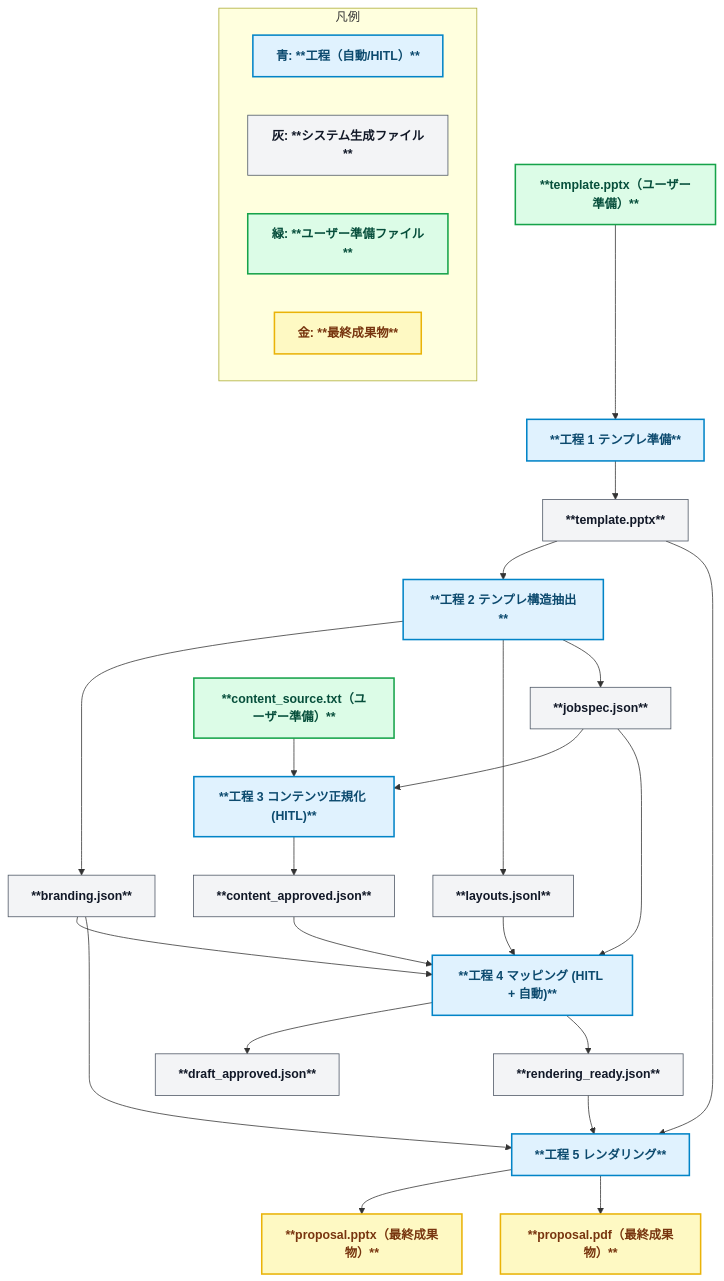
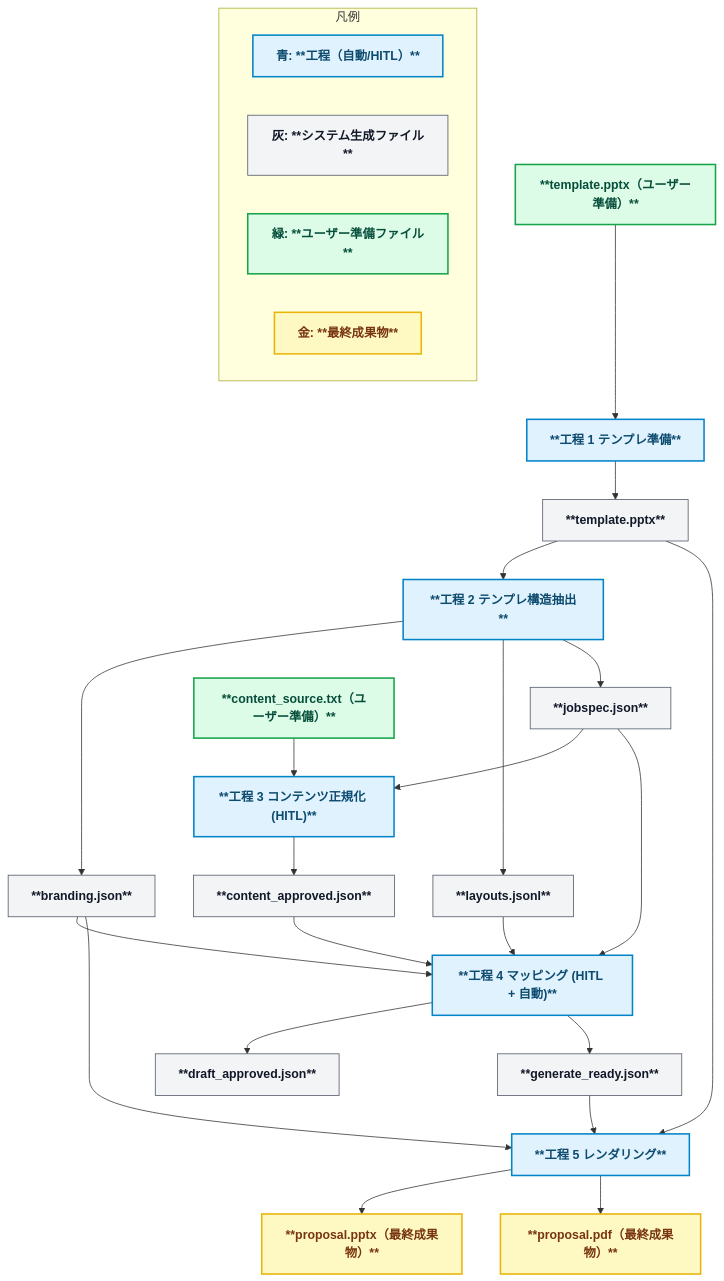
The diagram in README.md (yurake/pptx_generator), drawn with Mermaid before and after one commit. The commit also changed other lines of this file and 40 other files, not shown here.

````diff
--- a/README.md
+++ b/README.md
@@ -29,47 +29,47 @@
 ```mermaid
 flowchart TD
   %% ======= Styles =======
   classDef stage fill:#e0f2fe,stroke:#0284c7,stroke-width:2px,color:#0c4a6e,font-weight:bold;
   classDef file fill:#f3f4f6,stroke:#4b5563,stroke-width:1px,color:#111827,font-weight:bold;
   classDef userfile fill:#dcfce7,stroke:#16a34a,stroke-width:2px,color:#064e3b,font-weight:bold;
   classDef final fill:#fef9c3,stroke:#eab308,stroke-width:2px,color:#78350f,font-weight:bold;
 
   %% ======= Stage 1 =======
   Tmpl["**template.pptx（ユーザー準備）**"]:::userfile --> S1["**工程 1 テンプレ準備**"]:::stage
   S1 --> Tmpl_out["**template.pptx**"]:::file
 
   %% ======= Stage 2 =======
   Tmpl_out --> S2["**工程 2 テンプレ構造抽出**"]:::stage
   S2 --> Brand["**branding.json**"]:::file
   S2 --> Layouts["**layouts.jsonl**"]:::file
   S2 --> Jobspec["**jobspec.json**"]:::file
 
   %% ======= Stage 3 =======
   ContentSrc["**content_source.txt（ユーザー準備）**"]:::userfile --> S3["**工程 3 コンテンツ正規化 (HITL)**"]:::stage
   Jobspec --> S3
   S3 --> Content["**content_approved.json**"]:::file
 
   %% ======= Stage 4 =======
   Content --> S4["**工程 4 マッピング (HITL + 自動)**"]:::stage
   Layouts --> S4
   Brand --> S4
   Jobspec --> S4
   S4 --> Draft["**draft_approved.json**"]:::file
-  S4 --> Ready["**rendering_ready.json**"]:::file
+  S4 --> Ready["**generate_ready.json**"]:::file
 
   %% ======= Stage 5 =======
   Ready --> S5["**工程 5 レンダリング**"]:::stage
   Tmpl_out --> S5
   Brand --> S5
   S5 --> PPTX["**proposal.pptx（最終成果物）**"]:::final
   S5 --> PDF["**proposal.pdf（最終成果物）**"]:::final
 
   %% ======= Legend =======
   subgraph Legend[凡例]
     direction LR
     A1["青: **工程（自動/HITL）**"]:::stage
     A2["灰: **システム生成ファイル**"]:::file
     A3["緑: **ユーザー準備ファイル**"]:::userfile
     A4["金: **最終成果物**"]:::final
   end
 ```
````
